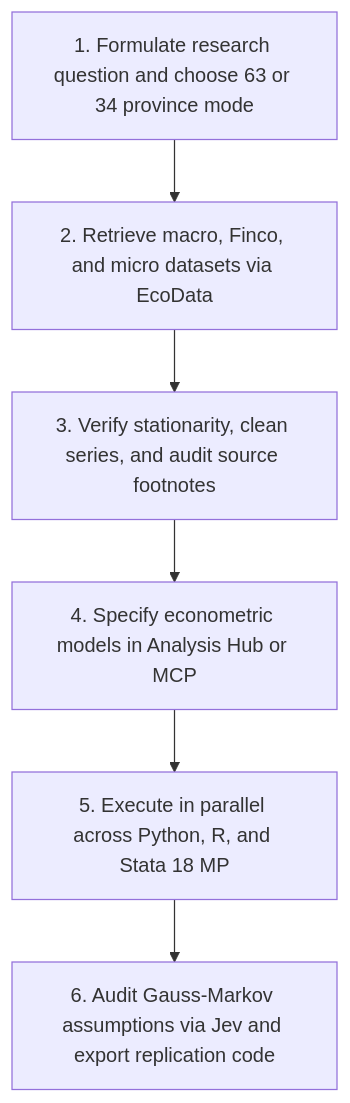
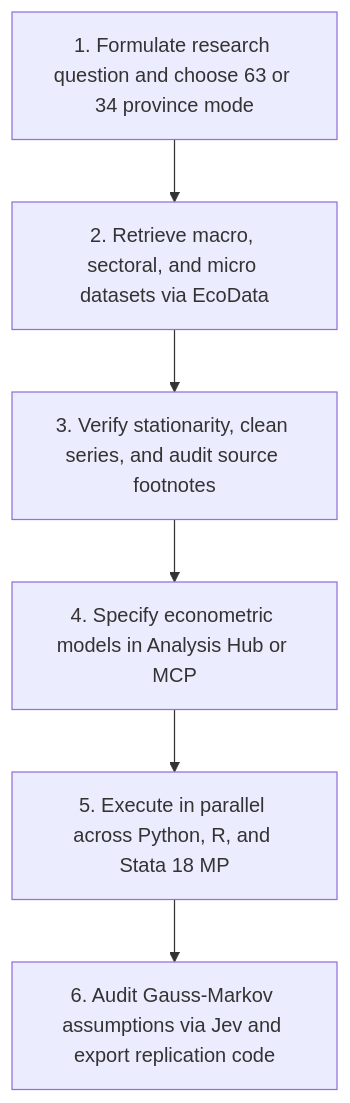
The diagram in i18n/en/docusaurus-plugin-content-docs/current/ecodata/overview.mdx (vietlod/docs), drawn with Mermaid before and after one commit. The commit also changed other lines of this file and 30 other files, not shown here.

````diff
--- a/i18n/en/docusaurus-plugin-content-docs/current/ecodata/overview.mdx
+++ b/i18n/en/docusaurus-plugin-content-docs/current/ecodata/overview.mdx
@@ -366,8 +359,8 @@
 ```mermaid
 flowchart TD
-  A["1. Formulate research question and choose 63 or 34 province mode"] --> B["2. Retrieve macro, Finco, and micro datasets via EcoData"]
+  A["1. Formulate research question and choose 63 or 34 province mode"] --> B["2. Retrieve macro, sectoral, and micro datasets via EcoData"]
   B --> C["3. Verify stationarity, clean series, and audit source footnotes"]
   C --> D["4. Specify econometric models in Analysis Hub or MCP"]
   D --> E["5. Execute in parallel across Python, R, and Stata 18 MP"]
   E --> F["6. Audit Gauss-Markov assumptions via Jev and export replication code"]
 ```
````
